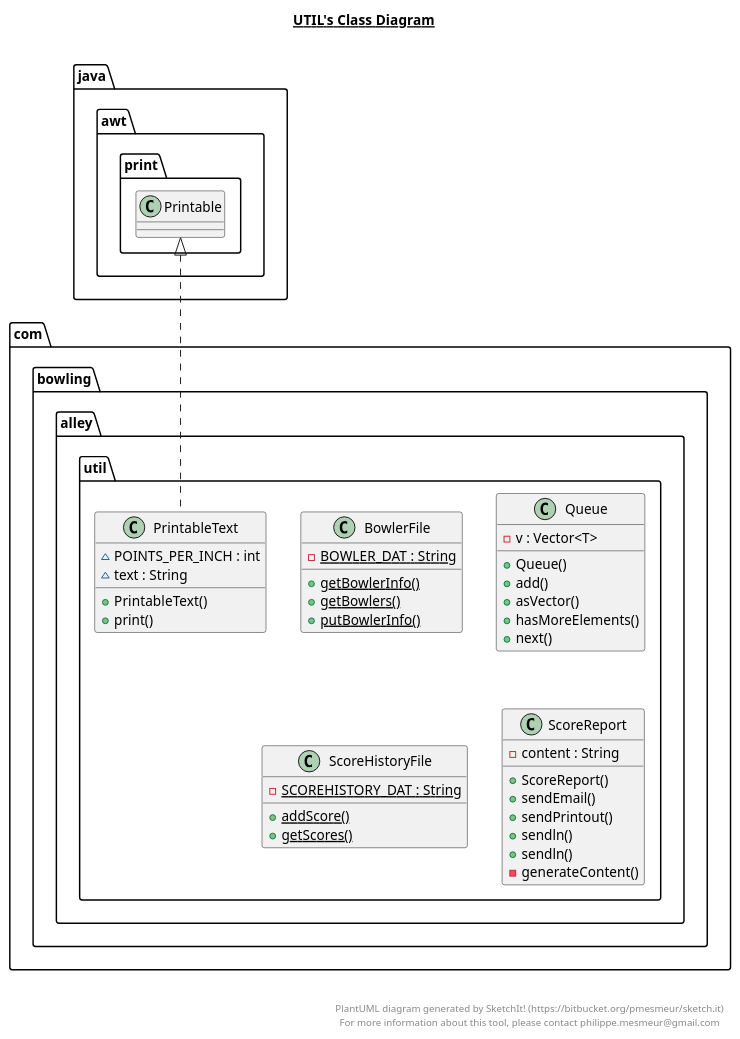
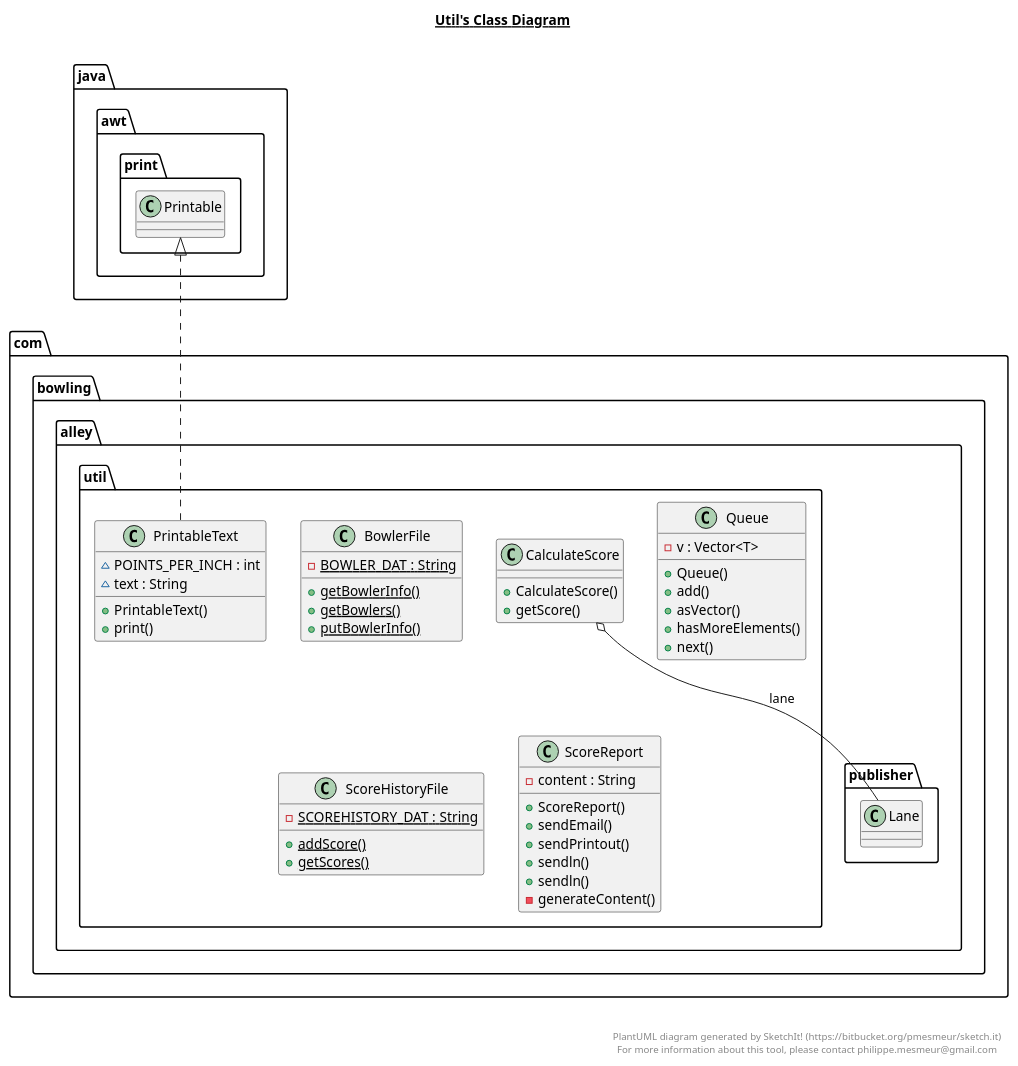
The diagram in src/com/bowling/alley/util/util.plantuml (akshayphate/bowlingalley), drawn with PlantUML before and after one commit. The commit also changed 11 other files, not shown here.

```diff
--- a/src/com/bowling/alley/util/util.plantuml
+++ b/src/com/bowling/alley/util/util.plantuml
@@ -1,79 +1,90 @@
 @startuml
 
-title __UTIL's Class Diagram__\n
+title __Util's Class Diagram__\n
 
   namespace com.bowling.alley {
     namespace util {
       class com.bowling.alley.util.BowlerFile {
           {static} - BOWLER_DAT : String
           {static} + getBowlerInfo()
           {static} + getBowlers()
           {static} + putBowlerInfo()
+      }
+    }
+  }
+  
+
+  namespace com.bowling.alley {
+    namespace util {
+      class com.bowling.alley.util.CalculateScore {
+          + CalculateScore()
+          + getScore()
       }
     }
   }
   
 
   namespace com.bowling.alley {
     namespace util {
       class com.bowling.alley.util.PrintableText {
           ~ POINTS_PER_INCH : int
           ~ text : String
           + PrintableText()
           + print()
       }
     }
   }
   
 
   namespace com.bowling.alley {
     namespace util {
       class com.bowling.alley.util.Queue {
           - v : Vector<T>
           + Queue()
           + add()
           + asVector()
           + hasMoreElements()
           + next()
       }
     }
   }
   
 
   namespace com.bowling.alley {
     namespace util {
       class com.bowling.alley.util.ScoreHistoryFile {
           {static} - SCOREHISTORY_DAT : String
           {static} + addScore()
           {static} + getScores()
       }
     }
   }
   
 
   namespace com.bowling.alley {
     namespace util {
       class com.bowling.alley.util.ScoreReport {
           - content : String
           + ScoreReport()
           + sendEmail()
           + sendPrintout()
           + sendln()
           + sendln()
           - generateContent()
       }
     }
   }
   
 
+  com.bowling.alley.util.CalculateScore o-- com.bowling.alley.publisher.Lane : lane
   com.bowling.alley.util.PrintableText .up.|> java.awt.print.Printable
 
 
 right footer
 
 
 PlantUML diagram generated by SketchIt! (https://bitbucket.org/pmesmeur/sketch.it)
 For more information about this tool, please contact philippe.mesmeur@gmail.com
 endfooter
 
 @enduml
```
